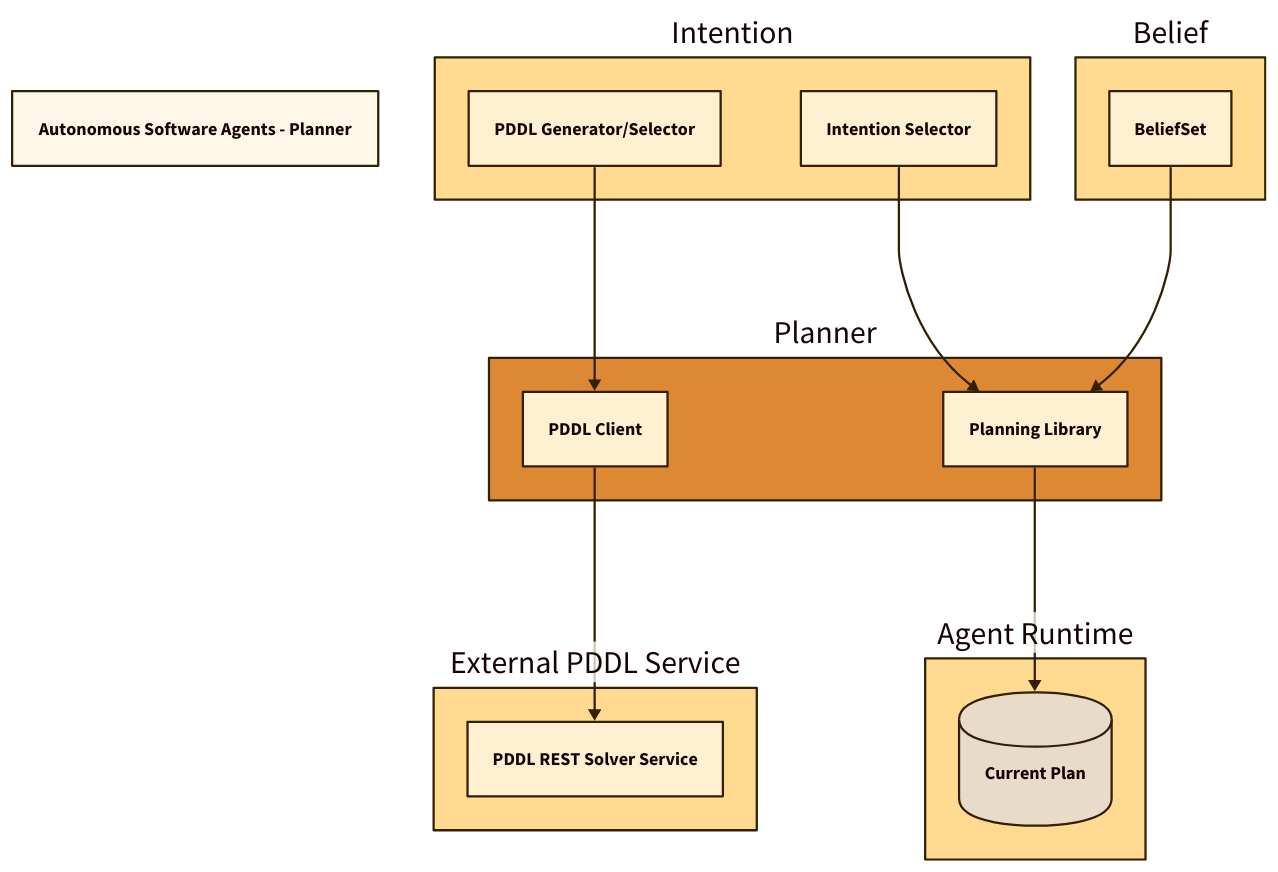
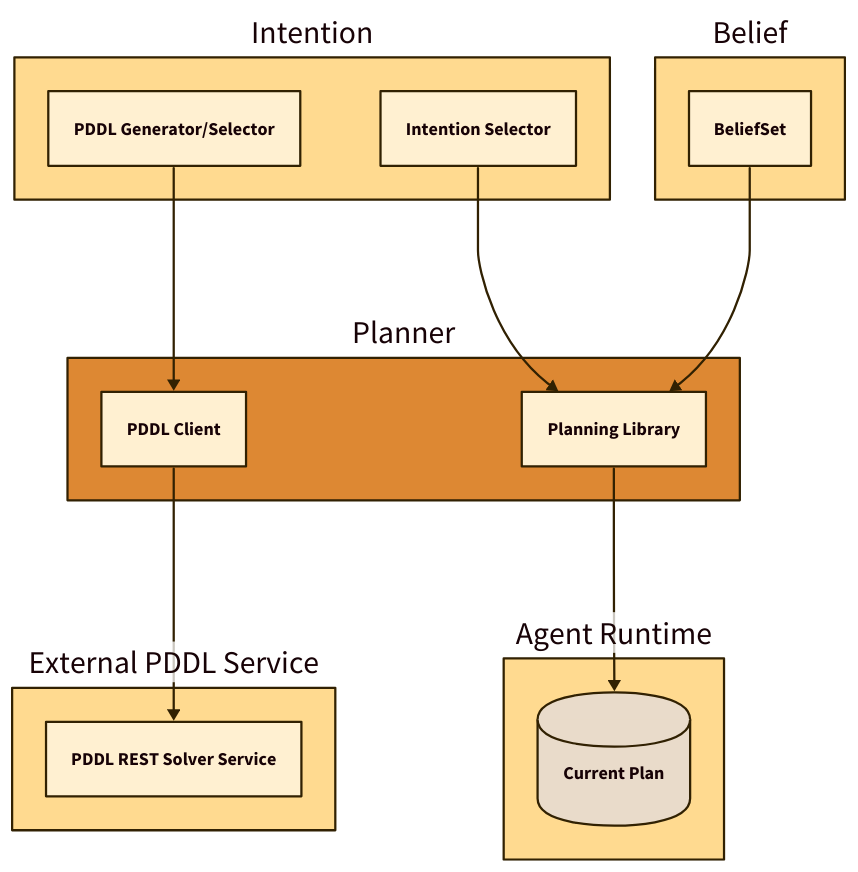
One commit to LuigiMiazzo17/unitn-autonomusSoftwareAgents changed the diagram in presentation/diagrams/planner.d2. Above: the diagram before and after it, drawn with D2. The commit also changed 8 other files, not shown here. The source asks for the TALA layout; these drawings use dagre instead.

Commit message:
doc: remove titles from diagrams

```diff
--- a/presentation/diagrams/planner.d2
+++ b/presentation/diagrams/planner.d2
@@ -1,59 +1,57 @@
-title: "Autonomous Software Agents - Planner"
-
 vars: {
   d2-config: {
     layout-engine: tala
     theme-id: 105
   }
 }
 
 pddlSolver: {
   label: "External PDDL Service"
   rest: {
     label: "PDDL REST Solver Service"
   }
 }
 
 beliefs: {
   label: "Belief"
   state: {
     label: "BeliefSet"
   }
 }
 
 agentRuntime: {
   label: "Agent Runtime"
   plan: {
     label: "Current Plan"
     shape: cylinder
   }
 }
 
 intention: {
   label: "Intention"
   selector: {
     label: "Intention Selector"
   }
   pddl: {
     label: "PDDL Generator/Selector"
   }
 }
 
 planner: {
   label: "Planner"
   style: {
     fill: "#dd8833"
   }
   lib: {
     label: "Planning Library"
   }
   pddl: {
     label: "PDDL Client"
   }
 }
 
 intention.pddl -> planner.pddl
 intention.selector -> planner.lib
 planner.pddl -> pddlSolver.rest
 planner.lib -> agentRuntime.plan
 beliefs.state -> planner.lib
```
